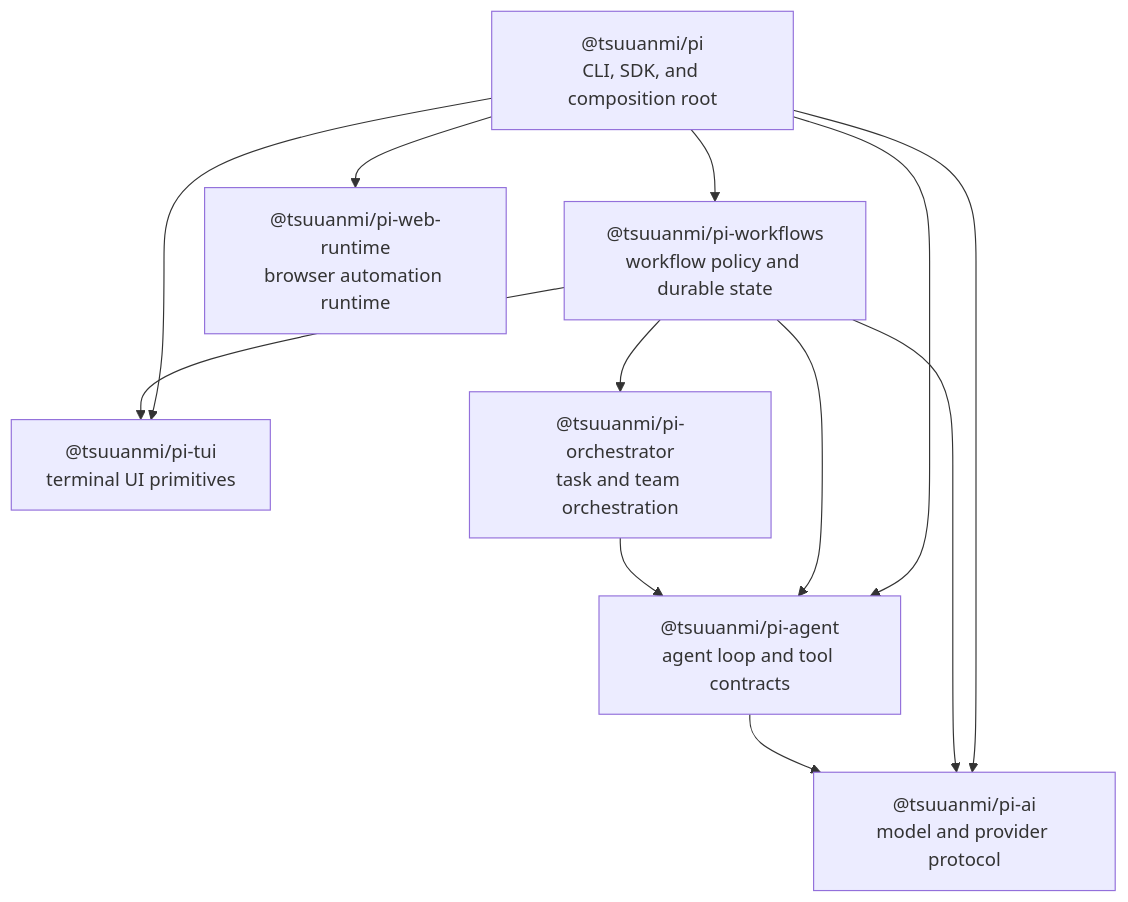
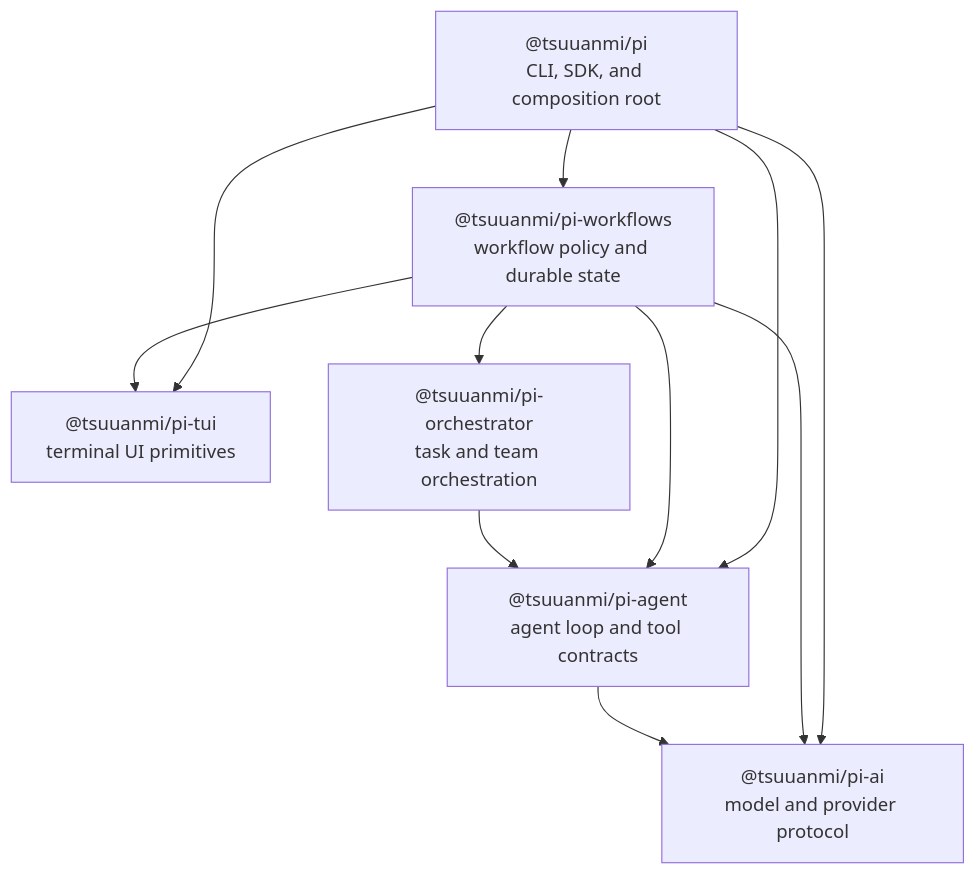
Before and after one commit to tsuuanmi/pi: the diagram in docs/architecture/package-overview.md, drawn with Mermaid. The commit also changed other lines of this file and 109 other files, not shown here.

Commit message:
refactor(pi): remove web provider runtime

````diff
--- a/docs/architecture/package-overview.md
+++ b/docs/architecture/package-overview.md
@@ -11,22 +11,20 @@
 ```mermaid
 flowchart TD
   pi["@tsuuanmi/pi\nCLI, SDK, and composition root"]
   workflows["@tsuuanmi/pi-workflows\nworkflow policy and durable state"]
-  web["@tsuuanmi/pi-web-runtime\nbrowser automation runtime"]
   tui["@tsuuanmi/pi-tui\nterminal UI primitives"]
   orchestrator["@tsuuanmi/pi-orchestrator\ntask and team orchestration"]
   agent["@tsuuanmi/pi-agent\nagent loop and tool contracts"]
   ai["@tsuuanmi/pi-ai\nmodel and provider protocol"]
 
   pi --> ai
   pi --> agent
   pi --> tui
   pi --> workflows
-  pi --> web
   workflows --> ai
   workflows --> agent
   workflows --> orchestrator
   workflows --> tui
   orchestrator --> agent
   agent --> ai
 ```
````
